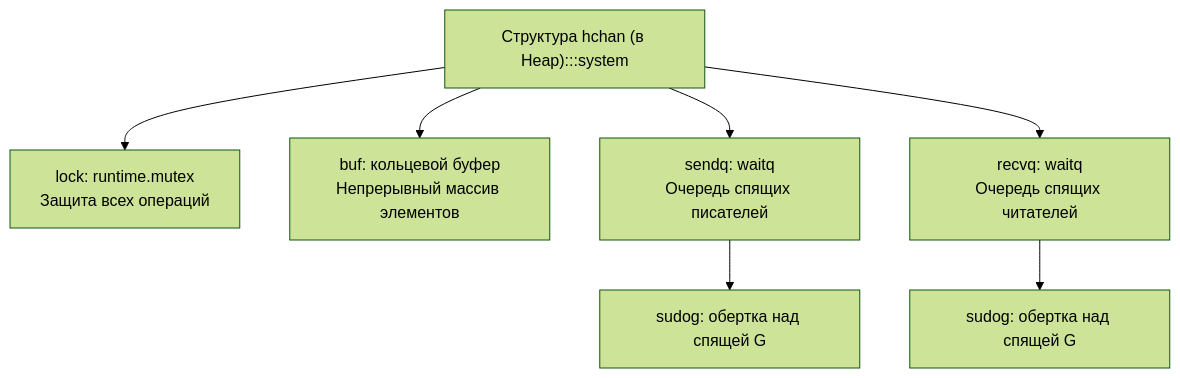
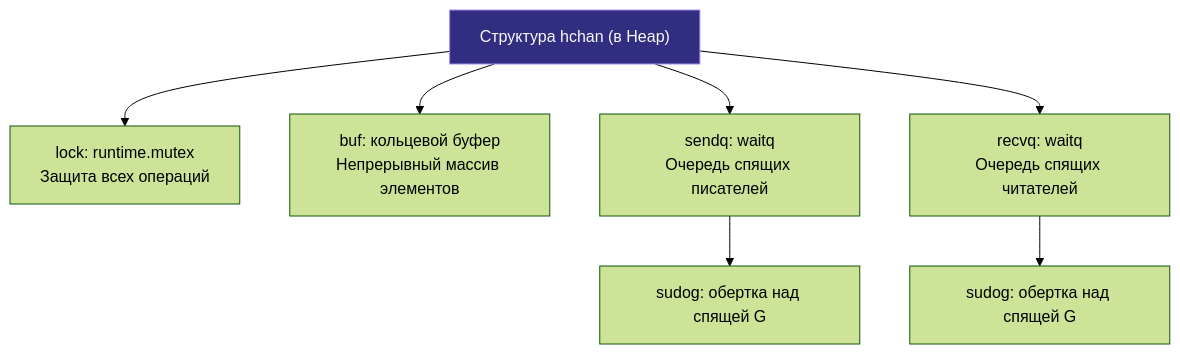
The first of 2 diagrams in sources/7. Глубокий Go (Внутреннее устройство)/13. Каналы под капотом. hchan, sudog, sendq, recvq.md (UnrealTemplier/go-textbook-ru), drawn with Mermaid (forest theme) before and after one commit. The commit also changed 166 other files, not shown here.

First line of the commit message:
fix(mermaid): move :::class out of quoted node labels

````diff
--- a/sources/7. Глубокий Go (Внутреннее устройство)/13. Каналы под капотом. hchan, sudog, sendq, recvq.md
+++ b/sources/7. Глубокий Go (Внутреннее устройство)/13. Каналы под капотом. hchan, sudog, sendq, recvq.md
@@ -17,19 +17,19 @@
 ```mermaid
 flowchart TD
     classDef process  fill:#1e293b,stroke:#38bdf8,stroke-width:1px,color:#f8fafc
     classDef success  fill:#064e3b,stroke:#34d399,stroke-width:1px,color:#f8fafc
     classDef error    fill:#7f1d1d,stroke:#f87171,stroke-width:1px,color:#f8fafc
     classDef warning  fill:#78350f,stroke:#fbbf24,stroke-width:1px,color:#f8fafc
     classDef entry    fill:#1e3a5f,stroke:#38bdf8,stroke-width:2px,color:#f8fafc
     classDef aux      fill:#334155,stroke:#64748b,stroke-width:1px,color:#f8fafc
     classDef system   fill:#312e81,stroke:#a78bfa,stroke-width:1px,color:#f8fafc
     classDef data     fill:#132d29,stroke:#2dd4bf,stroke-width:1px,color:#f8fafc
     classDef network  fill:#881337,stroke:#fb7185,stroke-width:1px,color:#f8fafc
     classDef accent   fill:#1e1b4b,stroke:#818cf8,stroke-width:1px,color:#f8fafc
-    HCHAN["Структура hchan (в Heap):::system"] --> LOCK["lock: runtime.mutex<br>Защита всех операций"]
+    HCHAN["Структура hchan (в Heap)"]:::system --> LOCK["lock: runtime.mutex<br>Защита всех операций"]
     HCHAN --> BUF["buf: кольцевой буфер<br>Непрерывный массив элементов"]
     HCHAN --> SENDQ["sendq: waitq<br>Очередь спящих писателей"]
     HCHAN --> RECVQ["recvq: waitq<br>Очередь спящих читателей"]
     SENDQ --> SUDOG1["sudog: обертка над спящей G"]
     RECVQ --> SUDOG2["sudog: обертка над спящей G"]
 ```
````
